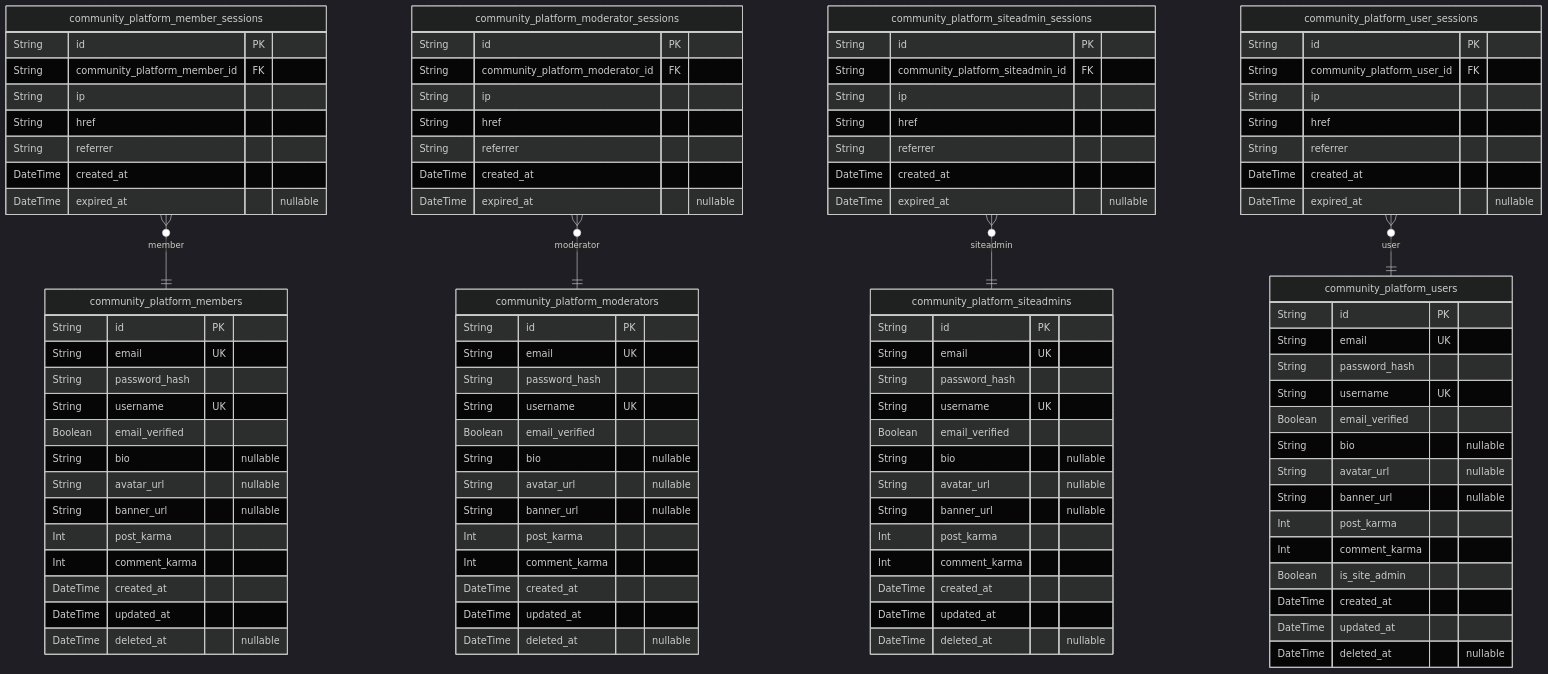
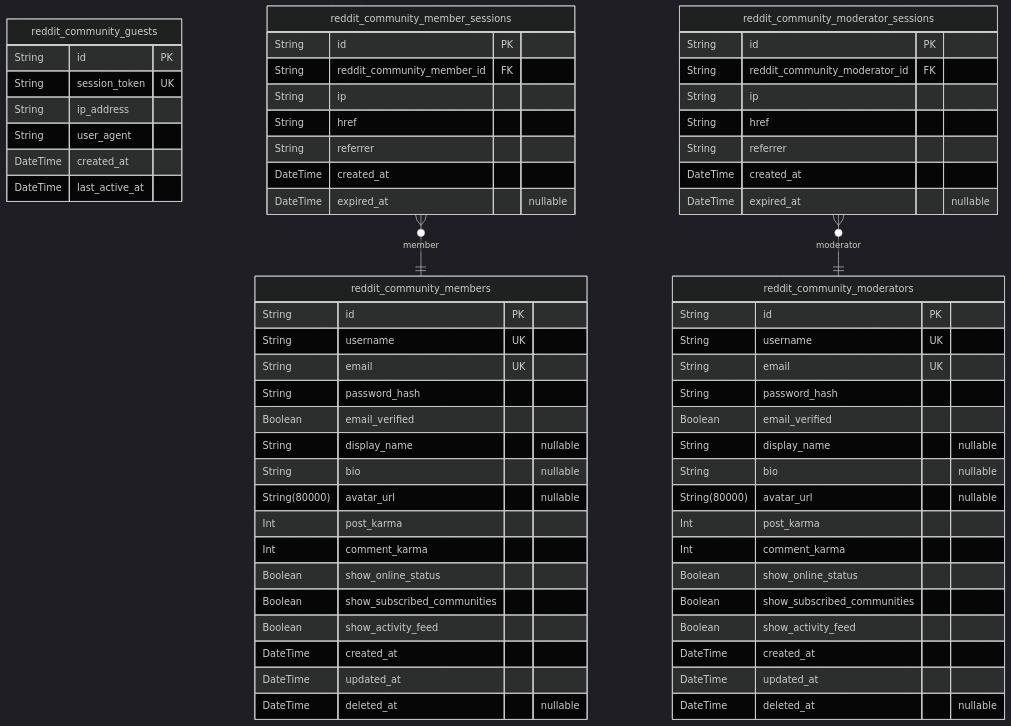
The first of 6 diagrams in anthropic/claude-sonnet-4.5/reddit/docs/ERD.md (wrtnlabs/autobe-examples), drawn with Mermaid (dark theme) before and after one commit. The commit also changed other lines of this file and 22498 other files, not shown here.

````diff
--- a/anthropic/claude-sonnet-4.5/reddit/docs/ERD.md
+++ b/anthropic/claude-sonnet-4.5/reddit/docs/ERD.md
@@ -65,104 +14,67 @@
 ```mermaid
 erDiagram
-"community_platform_members" {
+"reddit_community_guests" {
   String id PK
+  String session_token UK
+  String ip_address
+  String user_agent
+  DateTime created_at
+  DateTime last_active_at
+}
+"reddit_community_members" {
+  String id PK
+  String username UK
   String email UK
   String password_hash
-  String username UK
   Boolean email_verified
+  String display_name "nullable"
   String bio "nullable"
-  String avatar_url "nullable"
-  String banner_url "nullable"
+  String(80000) avatar_url "nullable"
   Int post_karma
   Int comment_karma
+  Boolean show_online_status
+  Boolean show_subscribed_communities
+  Boolean show_activity_feed
   DateTime created_at
   DateTime updated_at
   DateTime deleted_at "nullable"
 }
-"community_platform_member_sessions" {
+"reddit_community_member_sessions" {
   String id PK
-  String community_platform_member_id FK
+  String reddit_community_member_id FK
   String ip
   String href
   String referrer
   DateTime created_at
   DateTime expired_at "nullable"
 }
-"community_platform_moderators" {
+"reddit_community_moderators" {
   String id PK
+  String username UK
   String email UK
   String password_hash
-  String username UK
   Boolean email_verified
+  String display_name "nullable"
   String bio "nullable"
-  String avatar_url "nullable"
-  String banner_url "nullable"
+  String(80000) avatar_url "nullable"
   Int post_karma
   Int comment_karma
+  Boolean show_online_status
+  Boolean show_subscribed_communities
+  Boolean show_activity_feed
   DateTime created_at
   DateTime updated_at
   DateTime deleted_at "nullable"
 }
-"community_platform_moderator_sessions" {
+"reddit_community_moderator_sessions" {
   String id PK
-  String community_platform_moderator_id FK
+  String reddit_community_moderator_id FK
   String ip
   String href
   String referrer
   DateTime created_at
   DateTime expired_at "nullable"
 }
-"community_platform_siteadmins" {
-  String id PK
-  String email UK
-  String password_hash
-  String username UK
-  Boolean email_verified
-  String bio "nullable"
-  String avatar_url "nullable"
-  String banner_url "nullable"
-  Int post_karma
-  Int comment_karma
-  DateTime created_at
-  DateTime updated_at
-  DateTime deleted_at "nullable"
-}
-"community_platform_siteadmin_sessions" {
-  String id PK
-  String community_platform_siteadmin_id FK
-  String ip
-  String href
-  String referrer
-  DateTime created_at
-  DateTime expired_at "nullable"
-}
-"community_platform_users" {
-  String id PK
-  String email UK
-  String password_hash
-  String username UK
-  Boolean email_verified
-  String bio "nullable"
-  String avatar_url "nullable"
-  String banner_url "nullable"
-  Int post_karma
-  Int comment_karma
-  Boolean is_site_admin
-  DateTime created_at
-  DateTime updated_at
-  DateTime deleted_at "nullable"
-}
-"community_platform_user_sessions" {
-  String id PK
-  String community_platform_user_id FK
-  String ip
-  String href
-  String referrer
-  DateTime created_at
-  DateTime expired_at "nullable"
-}
-"community_platform_member_sessions" }o--|| "community_platform_members" : member
-"community_platform_moderator_sessions" }o--|| "community_platform_moderators" : moderator
-"community_platform_siteadmin_sessions" }o--|| "community_platform_siteadmins" : siteadmin
-"community_platform_user_sessions" }o--|| "community_platform_users" : user
+"reddit_community_member_sessions" }o--|| "reddit_community_members" : member
+"reddit_community_moderator_sessions" }o--|| "reddit_community_moderators" : moderator
 ```
````
